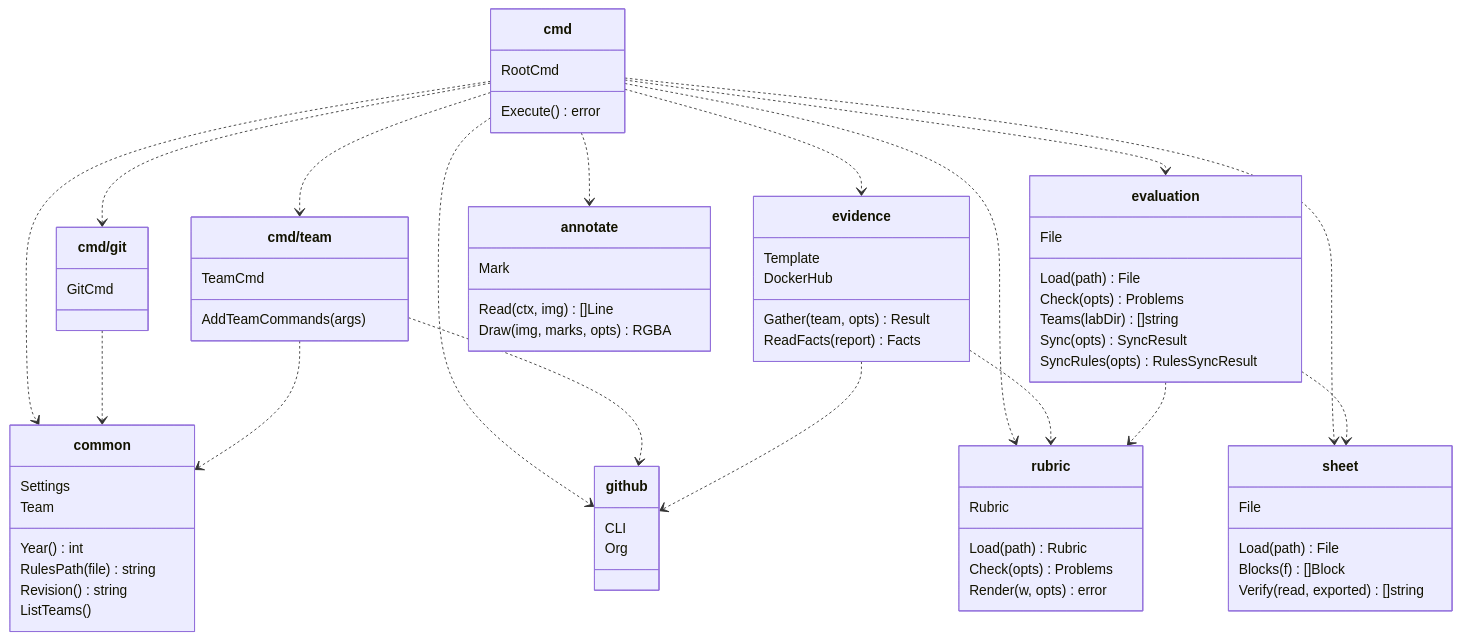
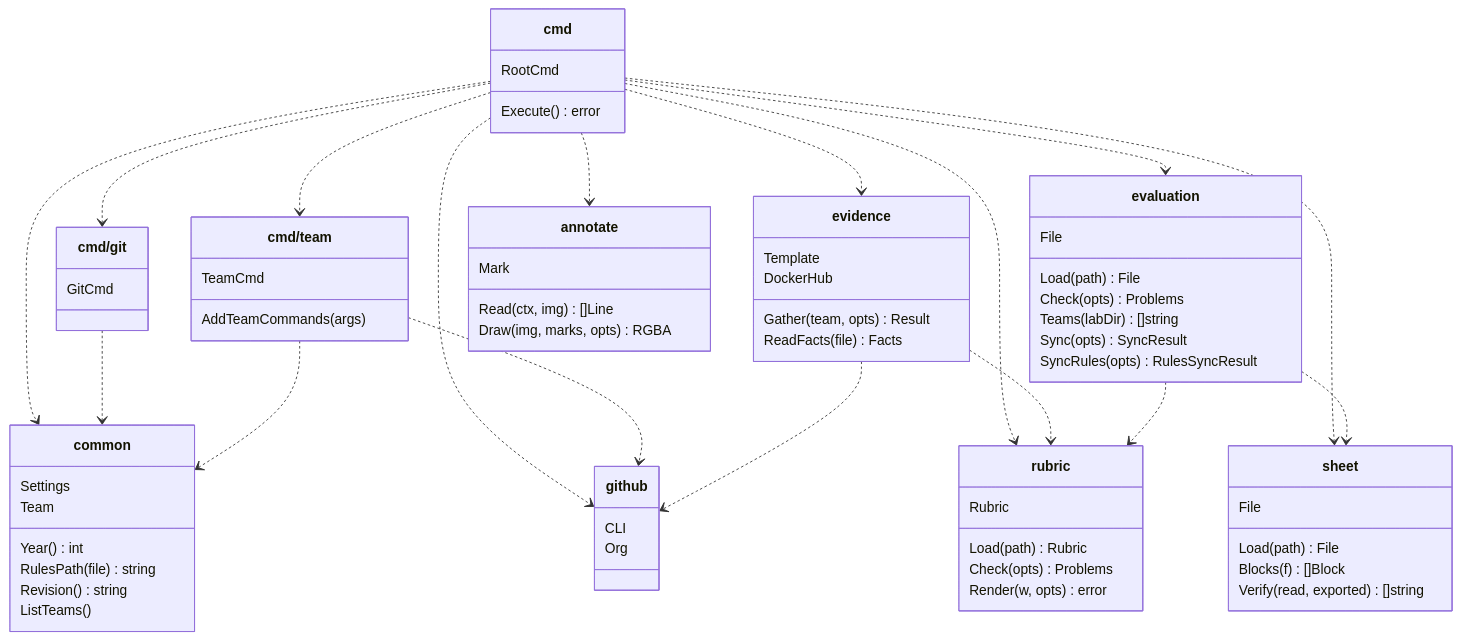
One commit to mincong-classroom/mc changed the diagram in CONTRIBUTING.md. Above: the diagram before and after it, drawn with Mermaid. The commit also changed other lines of this file and 24 other files, not shown here.

````diff
--- a/CONTRIBUTING.md
+++ b/CONTRIBUTING.md
@@ -9,74 +25,74 @@
 ```mermaid
 classDiagram
     direction TB
     class cmd {
         RootCmd
         Execute() error
     }
     class cmd_git["cmd/git"] {
         GitCmd
     }
     class cmd_team["cmd/team"] {
         TeamCmd
         AddTeamCommands(args)
     }
     class common {
         Settings
         Team
         Year() int
         RulesPath(file) string
         Revision() string
         ListTeams()
     }
     class github {
         CLI
         Org
     }
     class rubric {
         Rubric
         Load(path) Rubric
         Check(opts) Problems
         Render(w, opts) error
     }
     class evidence {
         Gather(team, opts) Result
-        ReadFacts(report) Facts
+        ReadFacts(file) Facts
         Template
         DockerHub
     }
     class evaluation {
         File
         Load(path) File
         Check(opts) Problems
         Teams(labDir) []string
         Sync(opts) SyncResult
         SyncRules(opts) RulesSyncResult
     }
     class sheet {
         File
         Load(path) File
         Blocks(f) []Block
         Verify(read, exported) []string
     }
     class annotate {
         Mark
         Read(ctx, img) []Line
         Draw(img, marks, opts) RGBA
     }
     cmd ..> cmd_git
     cmd ..> cmd_team
     cmd ..> common
     cmd ..> evidence
     cmd ..> evaluation
     cmd ..> annotate
     cmd ..> sheet
     cmd ..> github
     cmd ..> rubric
     cmd_git ..> common
     cmd_team ..> common
     cmd_team ..> github
     evidence ..> github
     evidence ..> rubric
     evaluation ..> rubric
     evaluation ..> sheet
 ```
````
